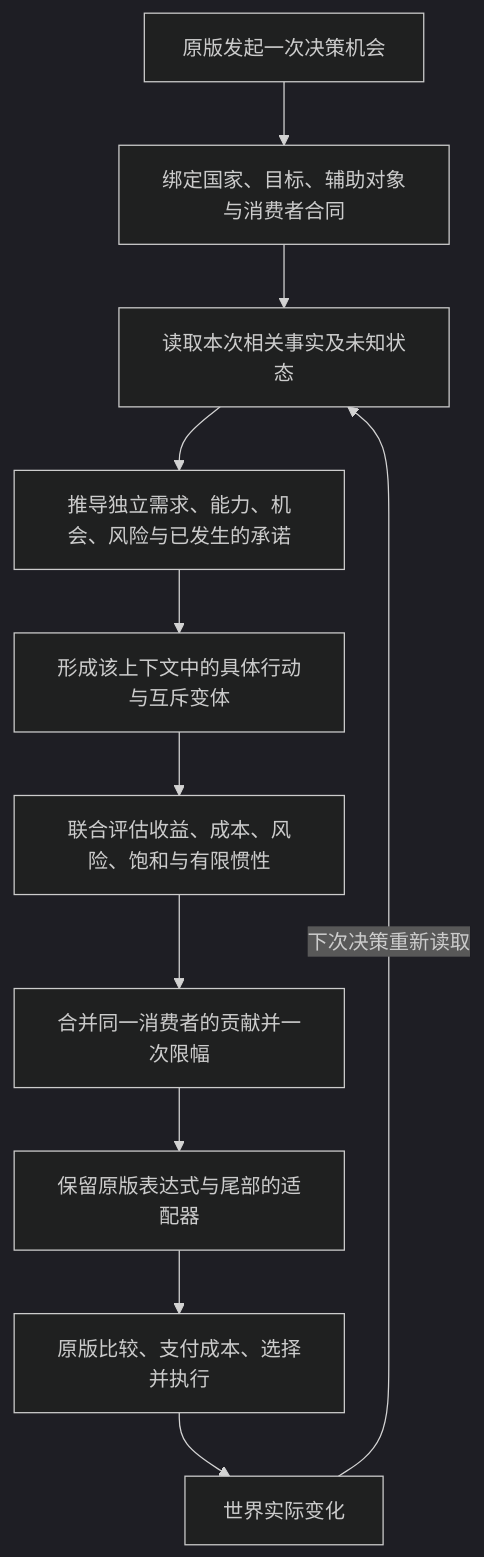
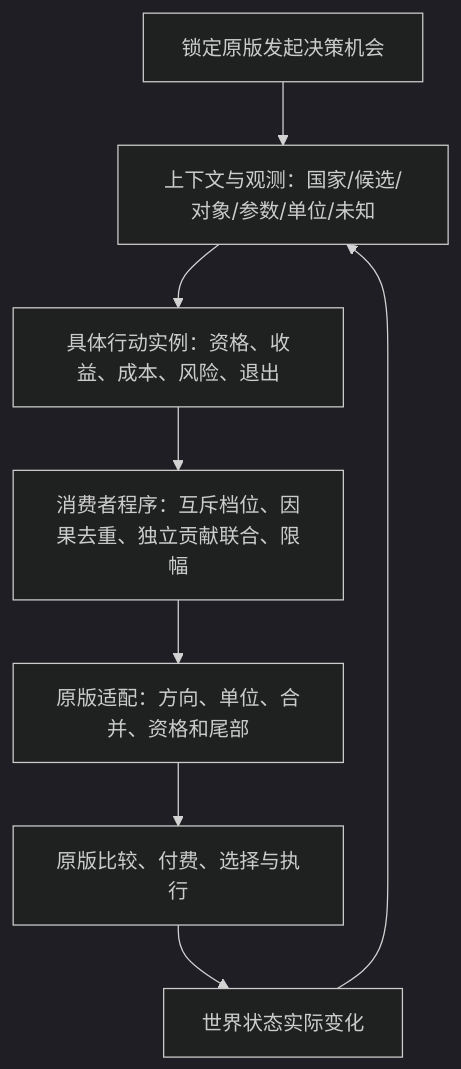
One commit to AomaYple/Situated-AI changed the diagram in docs/design/架构主计划.md. Above: the diagram before and after it, drawn with Mermaid (dark theme). The commit also changed other lines of this file and 8 other files, not shown here.

````diff
--- a/docs/design/架构主计划.md
+++ b/docs/design/架构主计划.md
@@ -64,13 +29,10 @@
 ```mermaid
 flowchart TD
-    N[原版发起一次决策机会] --> C[绑定国家、目标、辅助对象与消费者合同]
-    C --> F[读取本次相关事实及未知状态]
-    F --> S[推导独立需求、能力、机会、风险与已发生的承诺]
-    S --> A[形成该上下文中的具体行动与互斥变体]
-    A --> U[联合评估收益、成本、风险、饱和与有限惯性]
-    U --> J[合并同一消费者的贡献并一次限幅]
-    J --> B[保留原版表达式与尾部的适配器]
-    B --> E[原版比较、支付成本、选择并执行]
-    E --> W[世界实际变化]
-    W -->|下次决策重新读取| F
+    V[锁定原版发起决策机会] --> O[上下文与观测：国家/候选/对象/参数/单位/未知]
+    O --> A[具体行动实例：资格、收益、成本、风险、退出]
+    A --> P[消费者程序：互斥档位、因果去重、独立贡献联合、限幅]
+    P --> N[原版适配：方向、单位、合并、资格和尾部]
+    N --> X[原版比较、付费、选择与执行]
+    X --> W[世界状态实际变化]
+    W --> O
 ```
````
